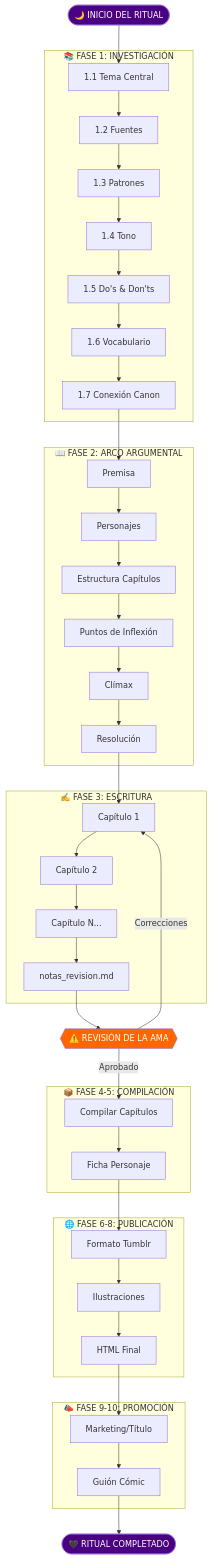
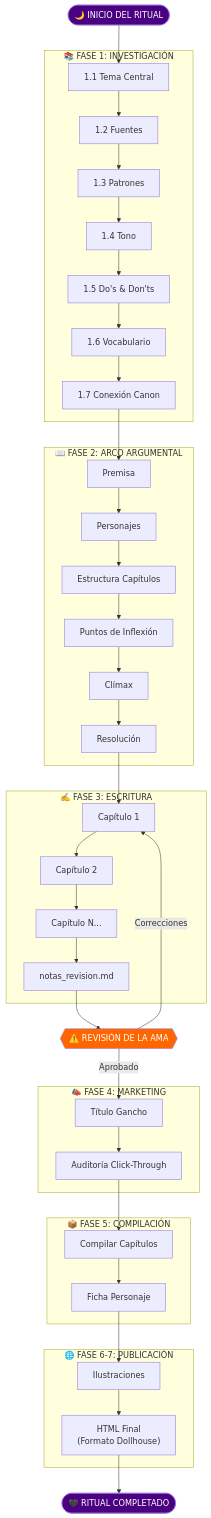
Before and after one commit to farid77cl/LaVouteDAnais: the first of 2 diagrams in 01_Canon/flujo_ritual_creacion.md, drawn with Mermaid. The commit also changed other lines of this file, not shown here.

Commit message:
Helena: Flujo ritual actualizado (sin Tumblr/Comic, Marketing antes de Compilacion, HTML Dollhouse)

````diff
--- a/01_Canon/flujo_ritual_creacion.md
+++ b/01_Canon/flujo_ritual_creacion.md
@@ -9,64 +9,63 @@
 ```mermaid
 flowchart TD
     START([🌙 INICIO DEL RITUAL]) --> F1
 
     subgraph INVESTIGACION["📚 FASE 1: INVESTIGACIÓN"]
         F1[1.1 Tema Central]
         F1 --> F1b[1.2 Fuentes]
         F1b --> F1c[1.3 Patrones]
         F1c --> F1d[1.4 Tono]
         F1d --> F1e[1.5 Do's & Don'ts]
         F1e --> F1f[1.6 Vocabulario]
         F1f --> F1g[1.7 Conexión Canon]
     end
 
     F1g --> F2
 
     subgraph ARCO["📖 FASE 2: ARCO ARGUMENTAL"]
         F2[Premisa]
         F2 --> F2b[Personajes]
         F2b --> F2c[Estructura Capítulos]
         F2c --> F2d[Puntos de Inflexión]
         F2d --> F2e[Clímax]
         F2e --> F2f[Resolución]
     end
 
     F2f --> F3
 
     subgraph BORRADOR["✍️ FASE 3: ESCRITURA"]
         F3[Capítulo 1]
         F3 --> F3b[Capítulo 2]
         F3b --> F3c[Capítulo N...]
         F3c --> F3d[notas_revision.md]
     end
 
     F3d --> REVISION{{"⚠️ REVISIÓN DE LA AMA"}}
-    REVISION -->|Aprobado| F4
+    REVISION -->|Aprobado| MARKETING
     REVISION -->|Correcciones| F3
 
-    subgraph FINALIZACION["📦 FASE 4-5: COMPILACIÓN"]
+    subgraph PROMO["📣 FASE 4: MARKETING"]
+        MARKETING[Título Gancho]
+        MARKETING --> MKT2[Auditoría Click-Through]
+    end
+
+    MKT2 --> F4
+
+    subgraph FINALIZACION["📦 FASE 5: COMPILACIÓN"]
         F4[Compilar Capítulos]
         F4 --> F5[Ficha Personaje]
     end
 
-    F5 --> F6
+    F5 --> F7
 
-    subgraph PUBLICACION["🌐 FASE 6-8: PUBLICACIÓN"]
-        F6[Formato Tumblr]
-        F6 --> F7[Ilustraciones]
-        F7 --> F8[HTML Final]
+    subgraph PUBLICACION["🌐 FASE 6-7: PUBLICACIÓN"]
+        F7[Ilustraciones]
+        F7 --> F8["HTML Final<br/>(Formato Dollhouse)"]
     end
 
-    F8 --> F9
-
-    subgraph MARKETING["📣 FASE 9-10: PROMOCIÓN"]
-        F9[Marketing/Título]
-        F9 --> F10[Guión Cómic]
-    end
-
-    F10 --> FIN([🖤 RITUAL COMPLETADO])
+    F8 --> FIN([🖤 RITUAL COMPLETADO])
 
     style START fill:#4a0080,color:#fff
     style FIN fill:#4a0080,color:#fff
     style REVISION fill:#ff6600,color:#fff
 ```
````
